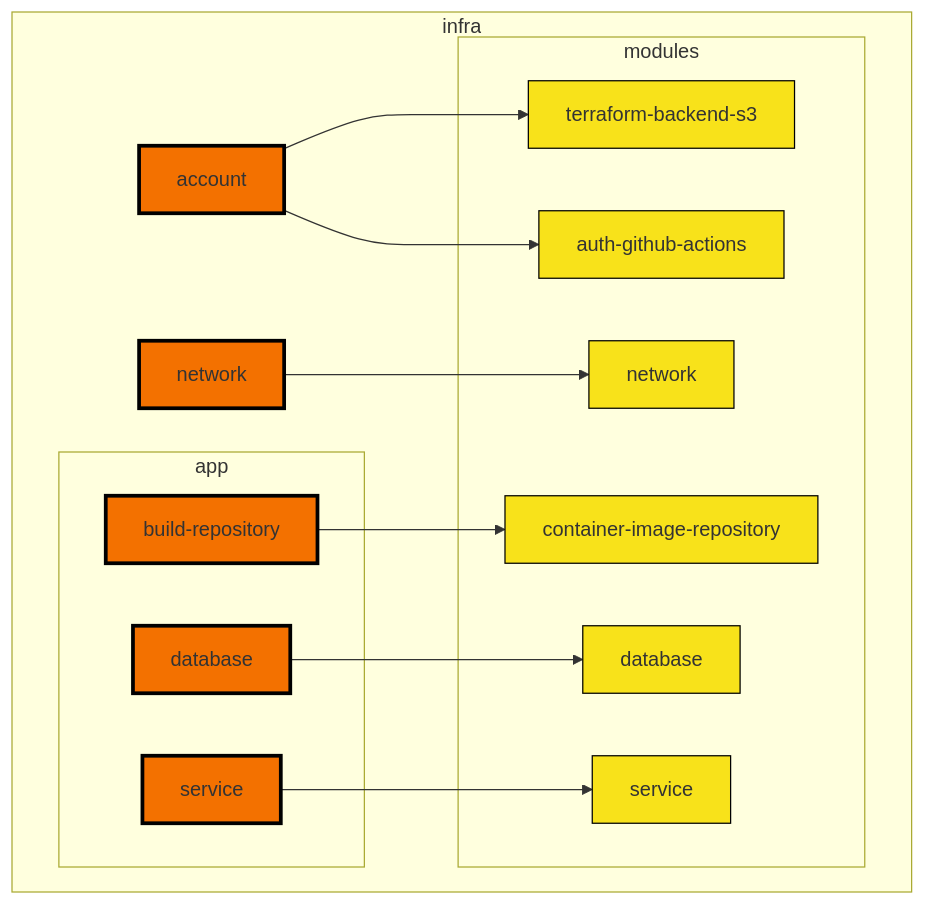
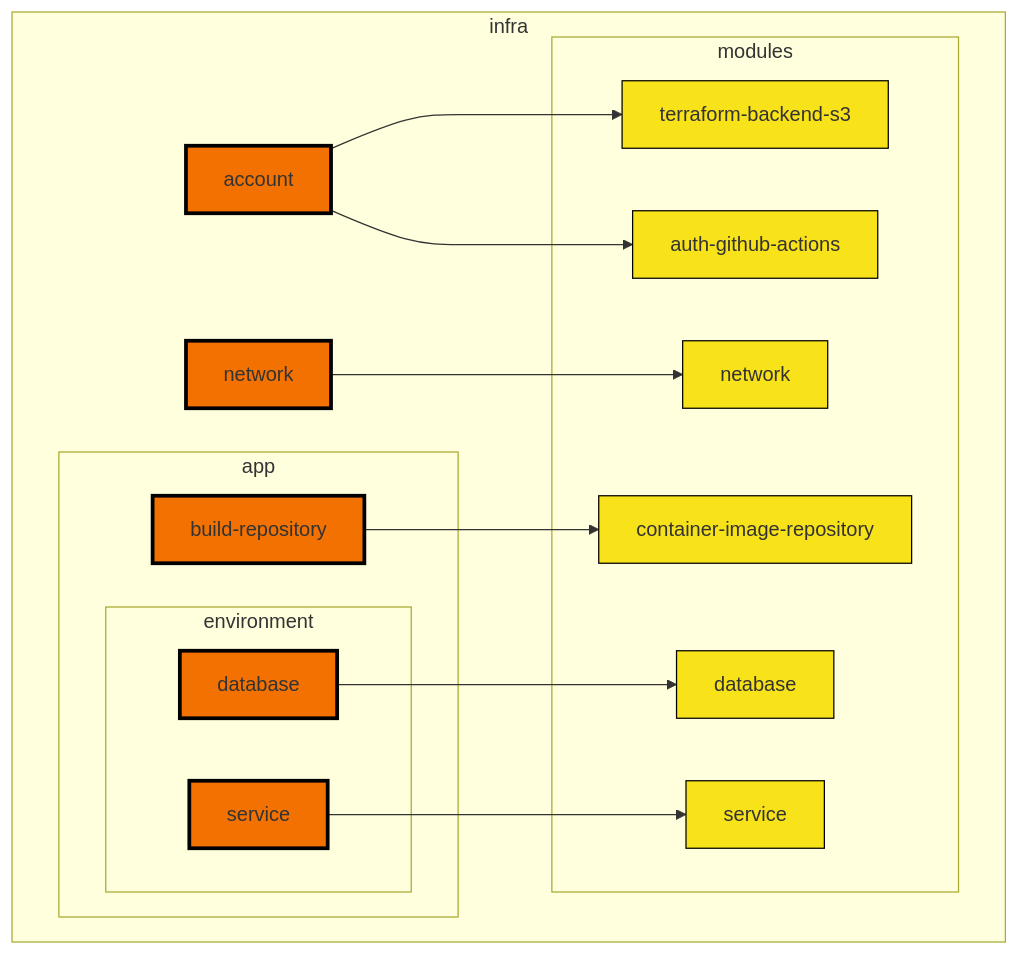
The first of 2 diagrams in docs/infra/module-architecture.md (navapbc/template-infra), drawn with Mermaid before and after one commit. The commit also changed 1 other file, not shown here.

Commit message:
docs: understanding the setup

````diff
--- a/docs/infra/module-architecture.md
+++ b/docs/infra/module-architecture.md
@@ -20,35 +20,37 @@
 ```mermaid
 flowchart TB
 
   classDef default fill:#FFF,stroke:#000
   classDef root-module fill:#F37100,stroke-width:3,font-family:Arial
   classDef child-module fill:#F8E21A,font-family:Arial
 
   subgraph infra
     account:::root-module
     app/network[network]:::root-module
 
     subgraph app
       app/build-repository[build-repository]:::root-module
-      app/database[database]:::root-module
-      app/service[service]:::root-module
+      subgraph environment
+        app/database[database]:::root-module
+        app/service[service]:::root-module
+      end
     end
 
     subgraph modules
       terraform-backend-s3:::child-module
       auth-github-actions:::child-module
       container-image-repository:::child-module
       network:::child-module
       database:::child-module
       service:::child-module
     end
 
     account --> terraform-backend-s3
     account --> auth-github-actions
     app/network --> network
     app/build-repository --> container-image-repository
     app/database --> database
     app/service --> service
 
   end
 ```
````
